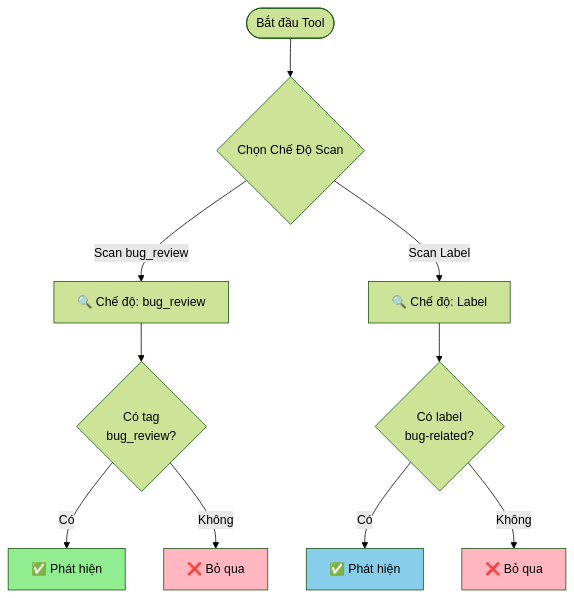
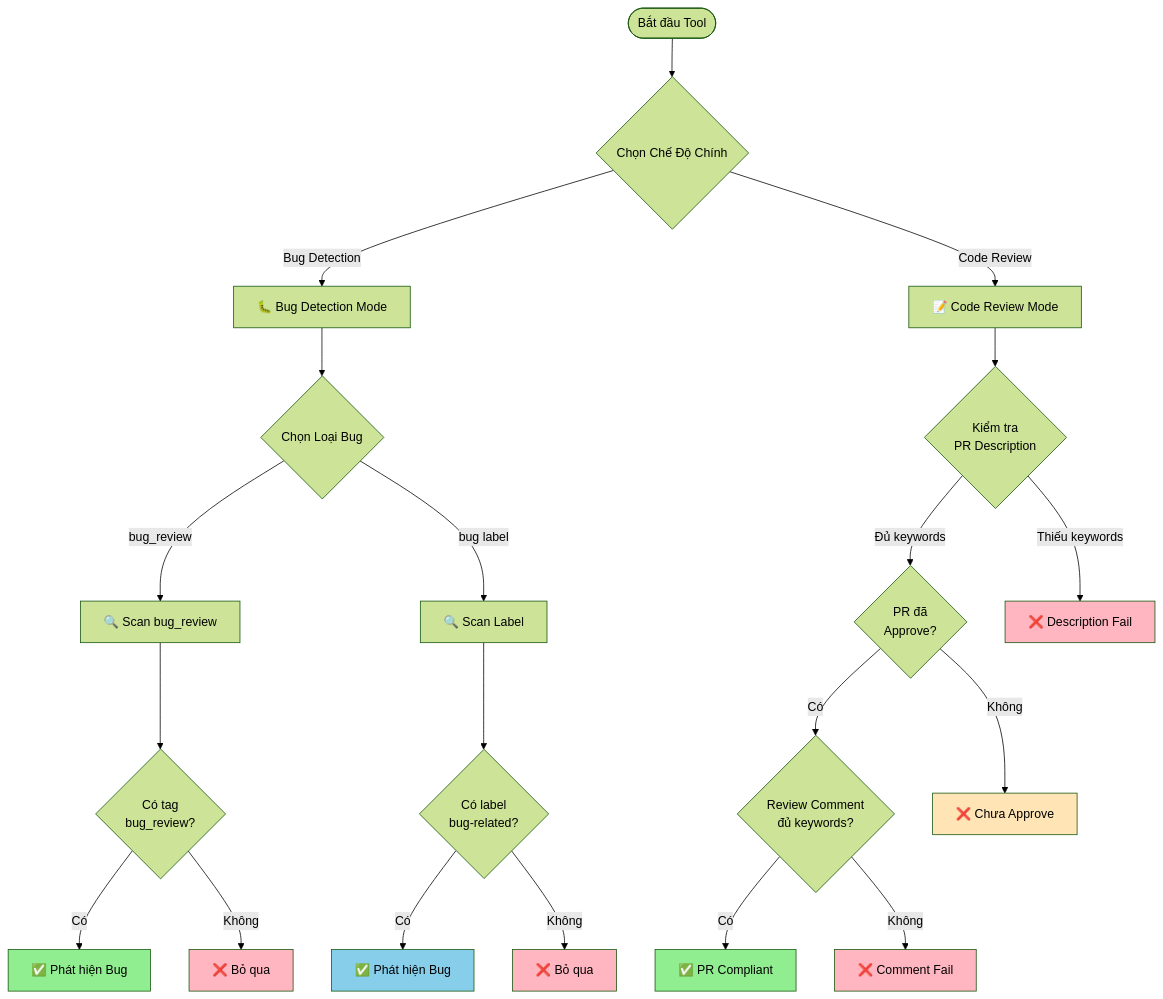
The diagram in docs/bug-detection-guide.md (vfa-khuongdv/homebrew-bug-crawler), drawn with Mermaid (forest theme) before and after one commit. The commit also changed other lines of this file, not shown here.

Commit message:
docs: update bug detection guide

````diff
--- a/docs/bug-detection-guide.md
+++ b/docs/bug-detection-guide.md
@@ -165,19 +378,36 @@
 ```mermaid
 flowchart TD
-    Start([Bắt đầu Tool]) --> SelectMode{Chọn Chế Độ Scan}
+    Start([Bắt đầu Tool]) --> SelectMainMode{Chọn Chế Độ Chính}
     
-    SelectMode -->|Scan bug_review| ModeReview[🔍 Chế độ: bug_review]
+    SelectMainMode -->|Bug Detection| BugMode[🐛 Bug Detection Mode]
+    SelectMainMode -->|Code Review| ReviewMode[📝 Code Review Mode]
+    
+    BugMode --> SelectBugType{Chọn Loại Bug}
+    SelectBugType -->|bug_review| ModeReview[🔍 Scan bug_review]
+    SelectBugType -->|bug label| ModeLabel[🔍 Scan Label]
+    
     ModeReview --> CheckReview{Có tag<br/>bug_review?}
-    CheckReview -->|Có| FoundReview[✅ Phát hiện]
+    CheckReview -->|Có| FoundReview[✅ Phát hiện Bug]
     CheckReview -->|Không| NotFoundReview[❌ Bỏ qua]
     
-    SelectMode -->|Scan Label| ModeLabel[🔍 Chế độ: Label]
     ModeLabel --> CheckLabel{Có label<br/>bug-related?}
-    CheckLabel -->|Có| FoundLabel[✅ Phát hiện]
+    CheckLabel -->|Có| FoundLabel[✅ Phát hiện Bug]
     CheckLabel -->|Không| NotFoundLabel[❌ Bỏ qua]
+    
+    ReviewMode --> CheckDesc{Kiểm tra<br/>PR Description}
+    CheckDesc -->|Đủ keywords| CheckApproval{PR đã<br/>Approve?}
+    CheckDesc -->|Thiếu keywords| DescFail[❌ Description Fail]
+    CheckApproval -->|Có| CheckComment{Review Comment<br/>đủ keywords?}
+    CheckApproval -->|Không| ApprovalFail[❌ Chưa Approve]
+    CheckComment -->|Có| Compliant[✅ PR Compliant]
+    CheckComment -->|Không| CommentFail[❌ Comment Fail]
     
     style FoundReview fill:#90EE90
     style FoundLabel fill:#87CEEB
+    style Compliant fill:#90EE90
     style NotFoundReview fill:#FFB6C1
     style NotFoundLabel fill:#FFB6C1
+    style DescFail fill:#FFB6C1
+    style ApprovalFail fill:#FFE4B5
+    style CommentFail fill:#FFB6C1
 ```
````
